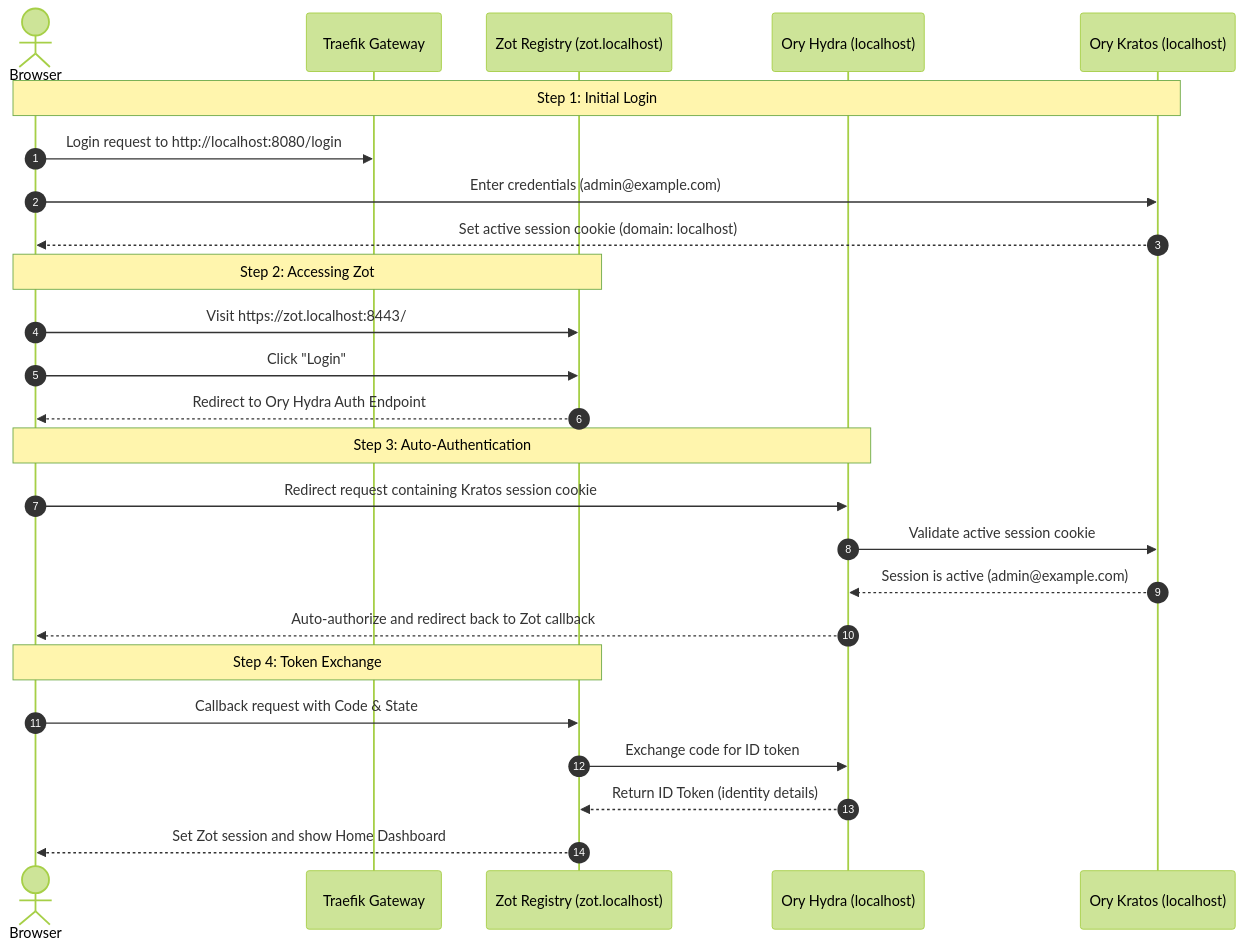
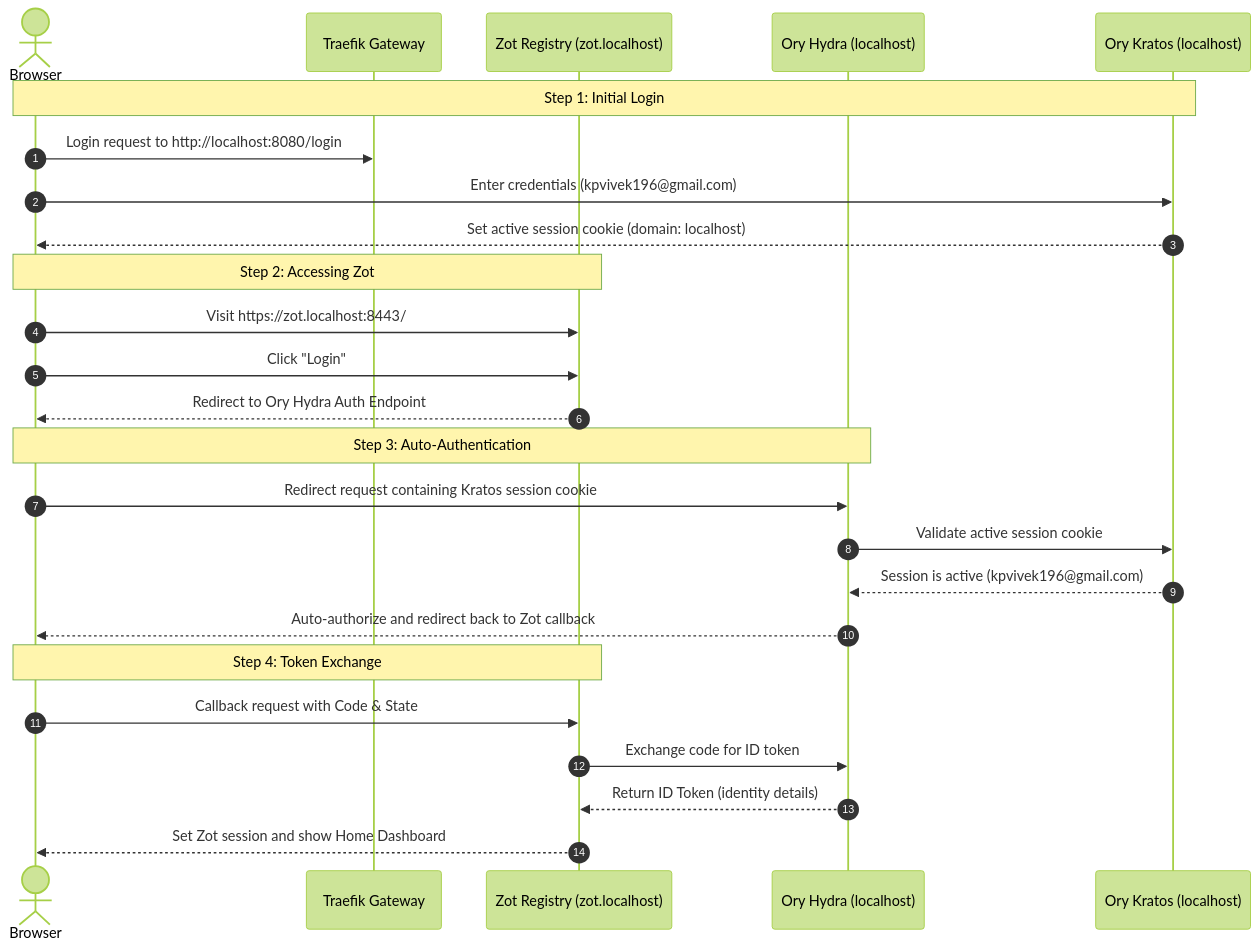
Before and after one commit to vvek1996/oryHydra: the diagram in docs/sso_flow.md, drawn with Mermaid (forest theme). The commit also changed 4 other files, not shown here.

````diff
--- a/docs/sso_flow.md
+++ b/docs/sso_flow.md
@@ -17,31 +17,31 @@
 ```mermaid
 sequenceDiagram
     autonumber
     actor User as Browser
     participant GW as Traefik Gateway
     participant Zot as Zot Registry (zot.localhost)
     participant Hydra as Ory Hydra (localhost)
     participant Kratos as Ory Kratos (localhost)
 
     Note over User,Kratos: Step 1: Initial Login
     User->>GW: Login request to http://localhost:8080/login
-    User->>Kratos: Enter credentials (admin@example.com)
+    User->>Kratos: Enter credentials (kpvivek196@gmail.com)
     Kratos-->>User: Set active session cookie (domain: localhost)
 
     Note over User,Zot: Step 2: Accessing Zot
     User->>Zot: Visit https://zot.localhost:8443/
     User->>Zot: Click "Login"
     Zot-->>User: Redirect to Ory Hydra Auth Endpoint
 
     Note over User,Hydra: Step 3: Auto-Authentication
     User->>Hydra: Redirect request containing Kratos session cookie
     Hydra->>Kratos: Validate active session cookie
-    Kratos-->>Hydra: Session is active (admin@example.com)
+    Kratos-->>Hydra: Session is active (kpvivek196@gmail.com)
     Hydra-->>User: Auto-authorize and redirect back to Zot callback
 
     Note over User,Zot: Step 4: Token Exchange
     User->>Zot: Callback request with Code & State
     Zot->>Hydra: Exchange code for ID token
     Hydra-->>Zot: Return ID Token (identity details)
     Zot-->>User: Set Zot session and show Home Dashboard
 ```
````
